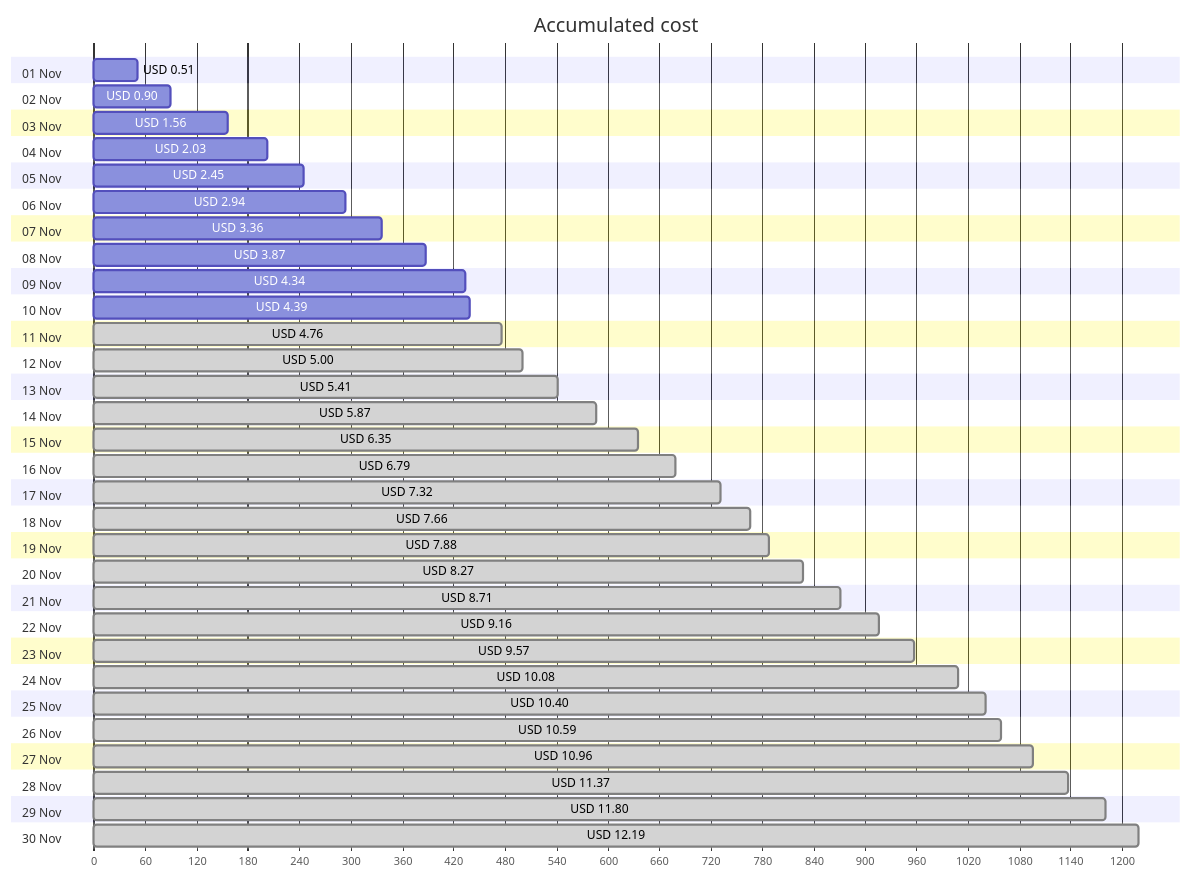
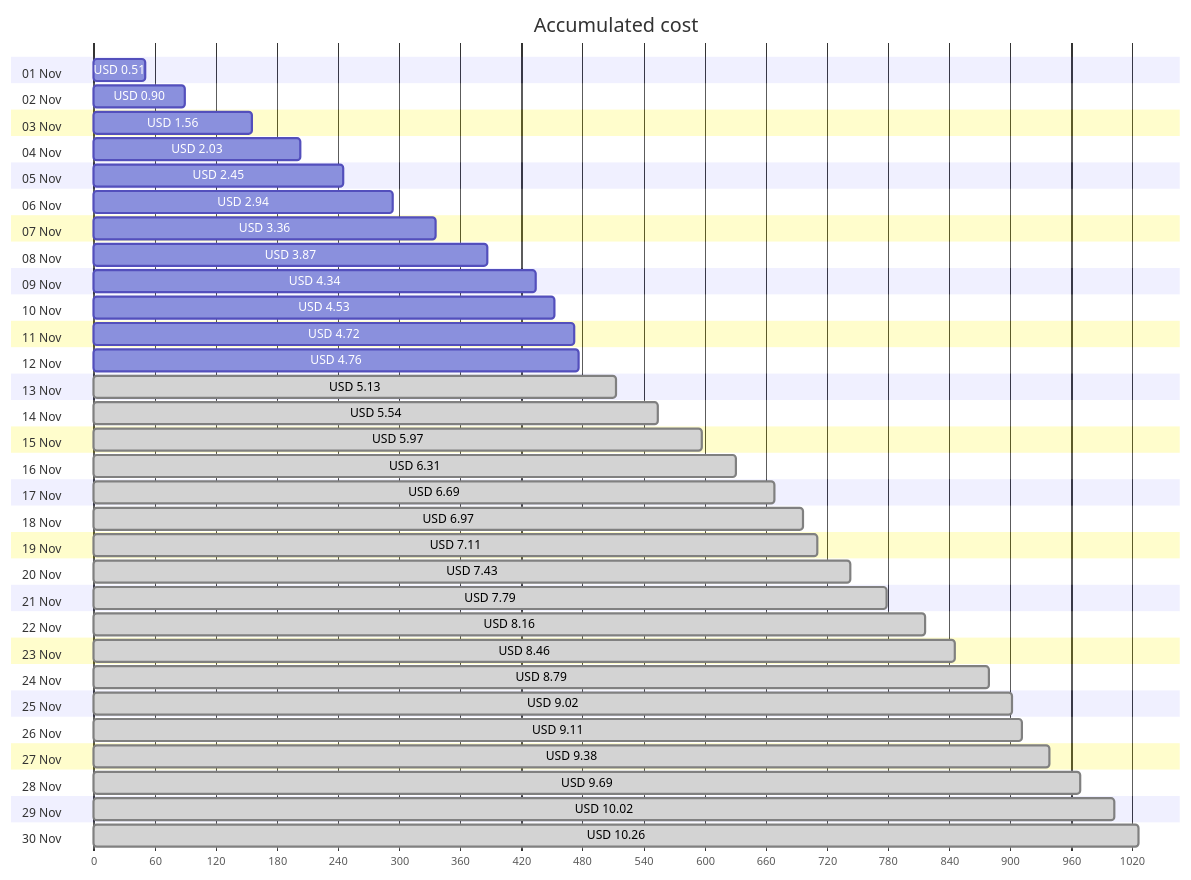
Before and after one commit to jpfulton/azure-personal-reports: the first of 4 diagrams in cost-reports/personal-network/vpn-server.md, drawn with Mermaid. The commit also changed other lines of this file and 8 other files, not shown here.

````diff
--- a/cost-reports/personal-network/vpn-server.md
+++ b/cost-reports/personal-network/vpn-server.md
@@ -20,66 +20,66 @@
 ```mermaid
 gantt
    title Accumulated cost
    dateFormat  X
    axisFormat %s
    section 01 Nov
    USD 0.51 :0, 51
    section 02 Nov
    USD 0.90 :0, 90
    section 03 Nov
    USD 1.56 :0, 156
    section 04 Nov
    USD 2.03 :0, 203
    section 05 Nov
    USD 2.45 :0, 245
    section 06 Nov
    USD 2.94 :0, 294
    section 07 Nov
    USD 3.36 :0, 336
    section 08 Nov
    USD 3.87 :0, 387
    section 09 Nov
    USD 4.34 :0, 434
    section 10 Nov
-   USD 4.39 :0, 439
+   USD 4.53 :0, 453
    section 11 Nov
-   USD 4.76 : done, 0, 476
+   USD 4.72 :0, 472
    section 12 Nov
-   USD 5.00 : done, 0, 500
+   USD 4.76 :0, 476
    section 13 Nov
-   USD 5.41 : done, 0, 541
+   USD 5.13 : done, 0, 513
    section 14 Nov
-   USD 5.87 : done, 0, 587
+   USD 5.54 : done, 0, 554
    section 15 Nov
-   USD 6.35 : done, 0, 635
+   USD 5.97 : done, 0, 597
    section 16 Nov
-   USD 6.79 : done, 0, 679
+   USD 6.31 : done, 0, 631
    section 17 Nov
-   USD 7.32 : done, 0, 732
+   USD 6.69 : done, 0, 669
    section 18 Nov
-   USD 7.66 : done, 0, 766
+   USD 6.97 : done, 0, 697
    section 19 Nov
-   USD 7.88 : done, 0, 788
+   USD 7.11 : done, 0, 711
    section 20 Nov
-   USD 8.27 : done, 0, 827
+   USD 7.43 : done, 0, 743
    section 21 Nov
-   USD 8.71 : done, 0, 871
+   USD 7.79 : done, 0, 779
    section 22 Nov
-   USD 9.16 : done, 0, 916
+   USD 8.16 : done, 0, 816
    section 23 Nov
-   USD 9.57 : done, 0, 957
+   USD 8.46 : done, 0, 846
    section 24 Nov
-   USD 10.08 : done, 0, 1008
+   USD 8.79 : done, 0, 879
    section 25 Nov
-   USD 10.40 : done, 0, 1040
+   USD 9.02 : done, 0, 902
    section 26 Nov
-   USD 10.59 : done, 0, 1059
+   USD 9.11 : done, 0, 911
    section 27 Nov
-   USD 10.96 : done, 0, 1096
+   USD 9.38 : done, 0, 938
    section 28 Nov
-   USD 11.37 : done, 0, 1137
+   USD 9.69 : done, 0, 969
    section 29 Nov
-   USD 11.80 : done, 0, 1180
+   USD 10.02 : done, 0, 1002
    section 30 Nov
-   USD 12.19 : done, 0, 1219
+   USD 10.26 : done, 0, 1026
 ```
````
